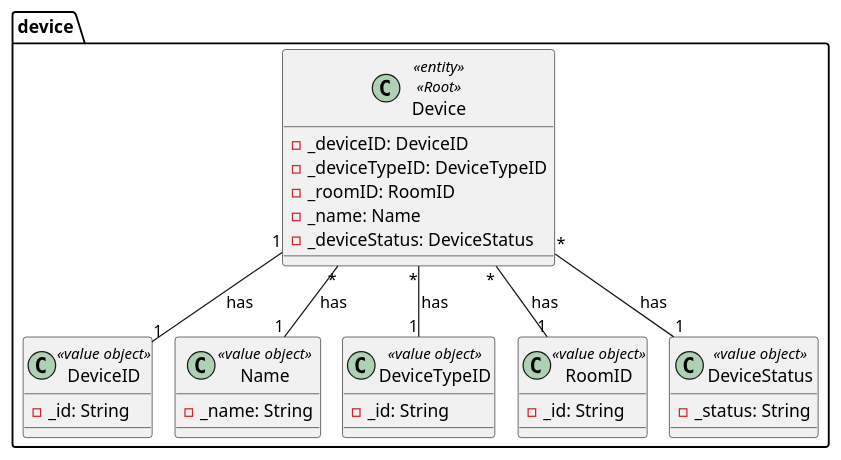
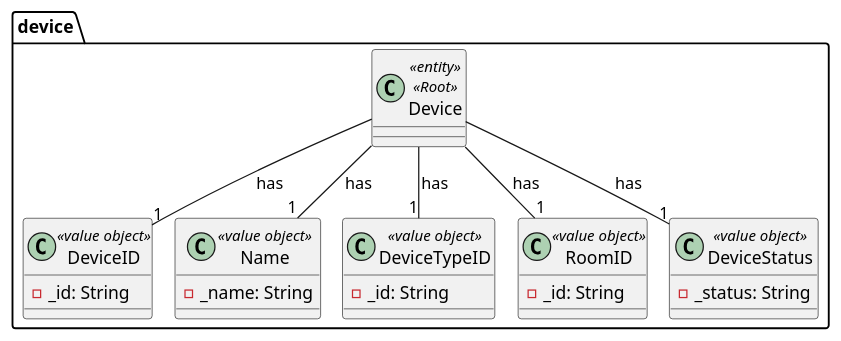
Before and after one commit to olivDiogo/SmartHome: the diagram in docs/ooa/4.agreggateModels/Device.puml, drawn with PlantUML. The commit also changed 10 other files, not shown here.

```diff
--- a/docs/ooa/4.agreggateModels/Device.puml
+++ b/docs/ooa/4.agreggateModels/Device.puml
@@ -1,35 +1,30 @@
 @startuml
 !pragma layout smetana
 
 package device {
 class Device <<entity>><<Root>>{
-    - _deviceID: DeviceID
-    - _deviceTypeID: DeviceTypeID
-    - _roomID: RoomID
-    - _name: Name
-    - _deviceStatus: DeviceStatus
     }
 
     class DeviceID<<value object>>{
         - _id: String
     }
     class Name<<value object>>{
         - _name: String
     }
     class DeviceTypeID<<value object>>{
         - _id: String
     }
     class RoomID<<value object>>{
         - _id: String
     }
     class DeviceStatus<<value object>>{
         - _status: String
     }
 }
 
-Device "1" -- "1" DeviceID : has
-Device "*" -- "1" Name : has
-Device "*" -- "1" DeviceTypeID : has
-Device "*" -- "1" RoomID : has
-Device "*" -- "1" DeviceStatus : has
+Device  -- "1" DeviceID : has
+Device  -- "1" Name : has
+Device  -- "1" DeviceTypeID : has
+Device  -- "1" RoomID : has
+Device  -- "1" DeviceStatus : has
 @enduml
```
